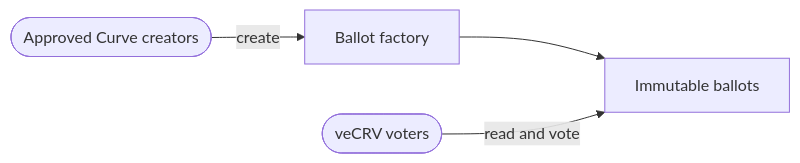
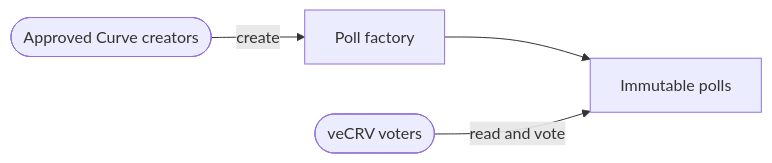
Before and after one commit to wavey0x/vecrv-choice-poll: the diagram in README.md, drawn with Mermaid. The commit also changed other lines of this file and 21 other files, not shown here.

Commit message:
Rename ballots to choice polls

````diff
--- a/README.md
+++ b/README.md
@@ -9,6 +9,6 @@
 ```mermaid
 flowchart LR
-    Creators([Approved Curve creators]) -->|create| Factory[Ballot factory]
-    Factory --> Ballots[Immutable ballots]
-    Voters([veCRV voters]) -->|read and vote| Ballots
+    Creators([Approved Curve creators]) -->|create| Factory[Poll factory]
+    Factory --> Polls[Immutable polls]
+    Voters([veCRV voters]) -->|read and vote| Polls
 ```
````
